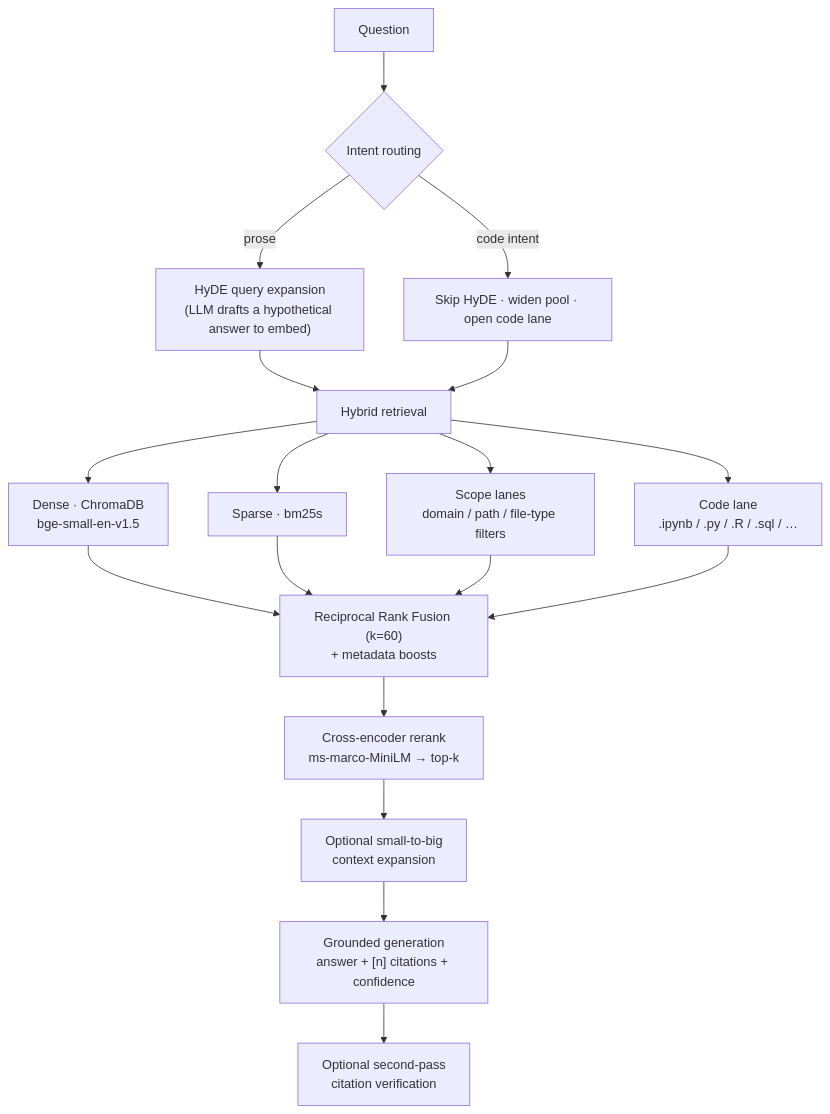
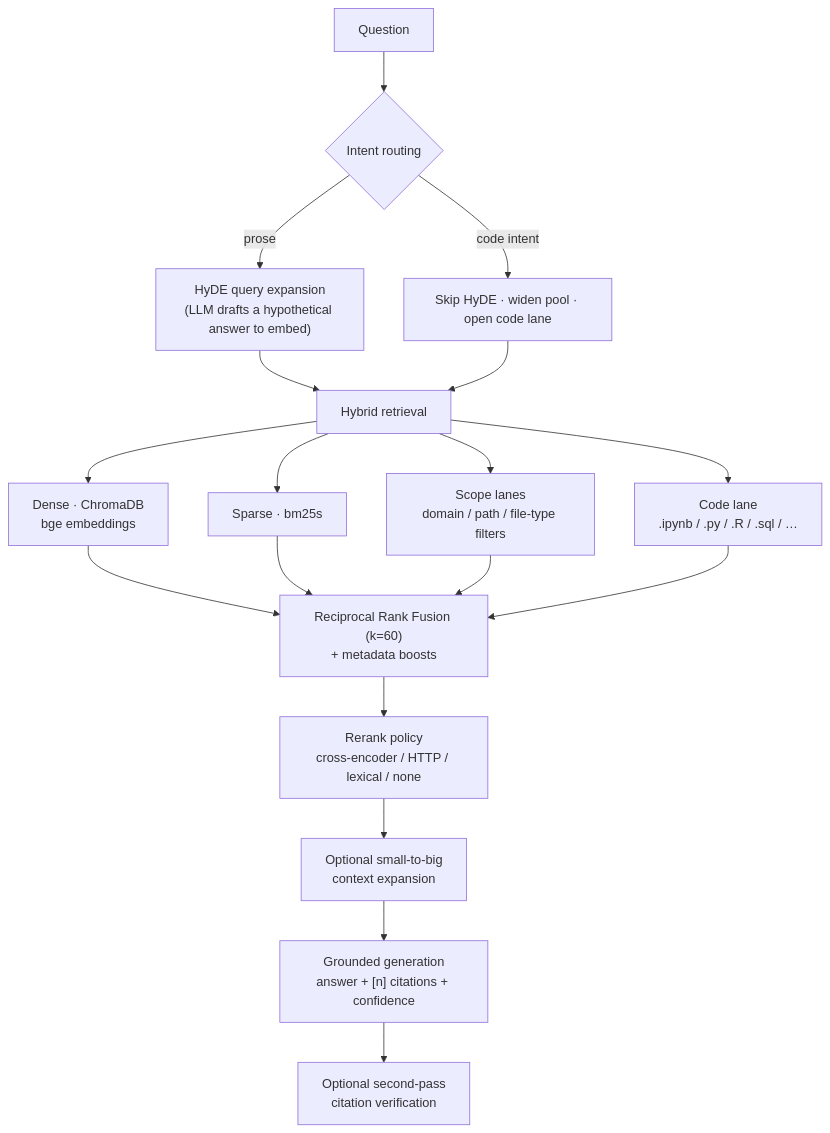
One commit to AlbertHakobyan070/Advanced-Obsidian-RAG changed the diagram in README.md. Above: the diagram before and after it, drawn with Mermaid. The commit also changed other lines of this file and 26 other files, not shown here.

````diff
--- a/README.md
+++ b/README.md
@@ -44,20 +47,20 @@
 ```mermaid
 flowchart TD
     Q["Question"] --> R{Intent routing}
     R -->|prose| H["HyDE query expansion<br/>(LLM drafts a hypothetical answer to embed)"]
     R -->|code intent| C0["Skip HyDE · widen pool · open code lane"]
     H --> HY["Hybrid retrieval"]
     C0 --> HY
-    HY --> D["Dense · ChromaDB<br/>bge-small-en-v1.5"]
+    HY --> D["Dense · ChromaDB<br/>bge embeddings"]
     HY --> S["Sparse · bm25s"]
     HY --> SL["Scope lanes<br/>domain / path / file-type filters"]
     HY --> CL["Code lane<br/>.ipynb / .py / .R / .sql / …"]
     D --> RRF["Reciprocal Rank Fusion (k=60)<br/>+ metadata boosts"]
     S --> RRF
     SL --> RRF
     CL --> RRF
-    RRF --> RR["Cross-encoder rerank<br/>ms-marco-MiniLM → top-k"]
+    RRF --> RR["Rerank policy<br/>cross-encoder / HTTP / lexical / none"]
     RR --> EX["Optional small-to-big<br/>context expansion"]
     EX --> G["Grounded generation<br/>answer + [n] citations + confidence"]
     G --> V["Optional second-pass<br/>citation verification"]
 ```
````
